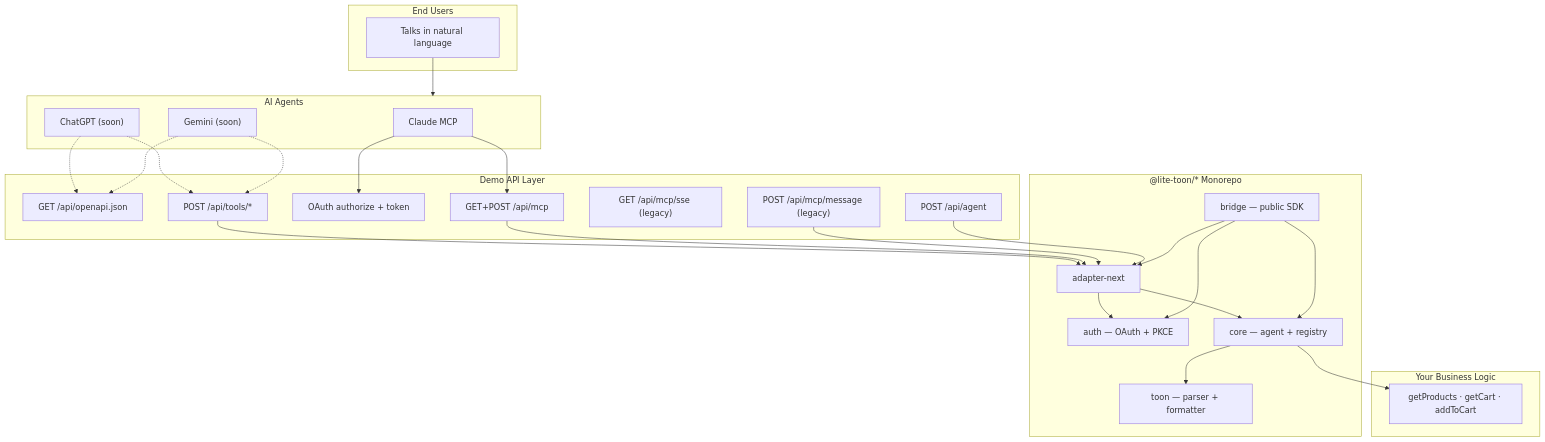
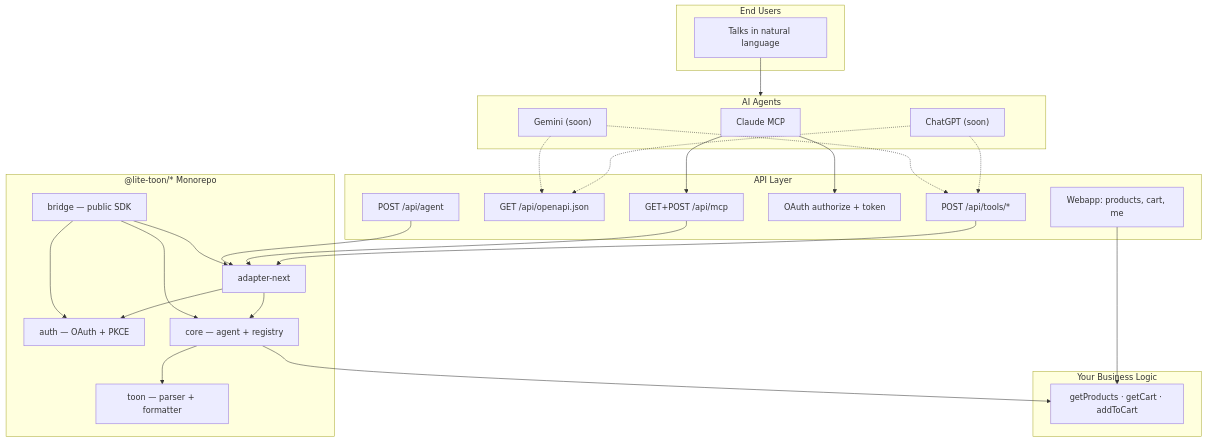
The first of 2 diagrams in README.md (Luke-official/lite-toon), drawn with Mermaid before and after one commit. The commit also changed other lines of this file and 55 other files, not shown here.

Commit message:
feat: implement new cart API endpoints and enhance demo app UI; remove legacy MCP message and SSE endpoints, update documentation, and improve user experience with clearer prompts and cart management features

````diff
--- a/README.md
+++ b/README.md
@@ -99,53 +99,52 @@
 ```mermaid
 flowchart TB
     subgraph users ["End Users"]
         U["Talks in natural language"]
     end
 
     subgraph agents ["AI Agents"]
         Claude["Claude MCP"]
         GPT["ChatGPT (soon)"]
         Gemini["Gemini (soon)"]
     end
 
-    subgraph network ["Demo API Layer"]
+    subgraph network ["API Layer"]
+        Webapp["Webapp: products, cart, me"]
         OpenAPI["GET /api/openapi.json"]
         Tools["POST /api/tools/*"]
         OAuth["OAuth authorize + token"]
         MCPhttp["GET+POST /api/mcp"]
-        MCPsse["GET /api/mcp/sse (legacy)"]
-        MCPmsg["POST /api/mcp/message (legacy)"]
         Agent["POST /api/agent"]
     end
 
     subgraph packages ["@lite-toon/* Monorepo"]
         Bridge["bridge — public SDK"]
         Adapter["adapter-next"]
         Auth["auth — OAuth + PKCE"]
         Core["core — agent + registry"]
         Toon["toon — parser + formatter"]
     end
 
     subgraph app ["Your Business Logic"]
         Cap["getProducts · getCart · addToCart"]
     end
 
     U --> agents
     Claude --> MCPhttp
     Claude --> OAuth
     GPT -.-> OpenAPI
     GPT -.-> Tools
     Gemini -.-> OpenAPI
     Gemini -.-> Tools
     Tools --> Adapter
     MCPhttp --> Adapter
-    MCPmsg --> Adapter
     Agent --> Adapter
+    Webapp --> Cap
     Adapter --> Auth
     Adapter --> Core
     Core --> Toon
     Core --> Cap
     Bridge --> Adapter
     Bridge --> Auth
     Bridge --> Core
 ```
````
